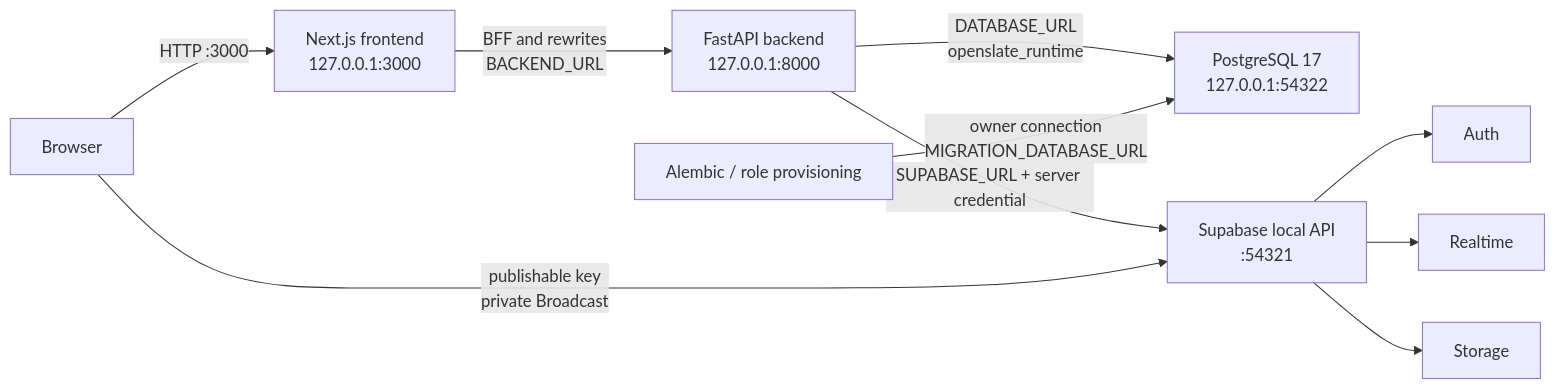
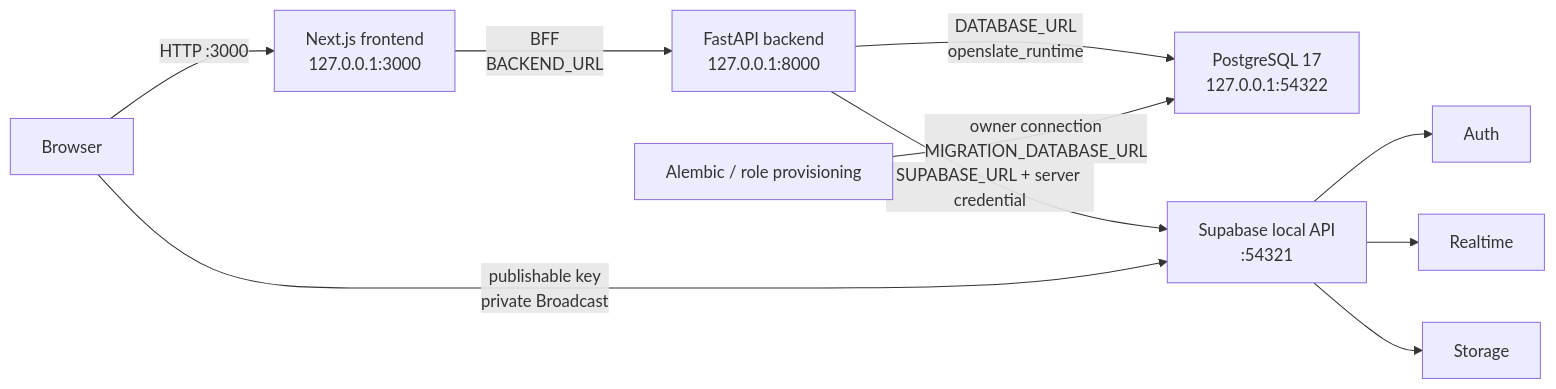
One commit to jayeuse/openslate changed the diagram in docs/architecture/11-infrastructure.md. Above: the diagram before and after it, drawn with Mermaid. The commit also changed other lines of this file and 50 other files, not shown here.

````diff
--- a/docs/architecture/11-infrastructure.md
+++ b/docs/architecture/11-infrastructure.md
@@ -20,12 +20,12 @@
 ```mermaid
 flowchart LR
     browser["Browser"] -->|HTTP :3000| frontend["Next.js frontend\n127.0.0.1:3000"]
-    frontend -->|BFF and rewrites\nBACKEND_URL| backend["FastAPI backend\n127.0.0.1:8000"]
+    frontend -->|BFF\nBACKEND_URL| backend["FastAPI backend\n127.0.0.1:8000"]
     backend -->|DATABASE_URL\nopenslate_runtime| postgres["PostgreSQL 17\n127.0.0.1:54322"]
     backend -->|SUPABASE_URL + server credential| supabase["Supabase local API\n:54321"]
     browser -->|publishable key\nprivate Broadcast| supabase
     migration["Alembic / role provisioning"] -->|owner connection\nMIGRATION_DATABASE_URL| postgres
     supabase --> auth["Auth"]
     supabase --> realtime["Realtime"]
     supabase --> storage["Storage"]
 ```
````
